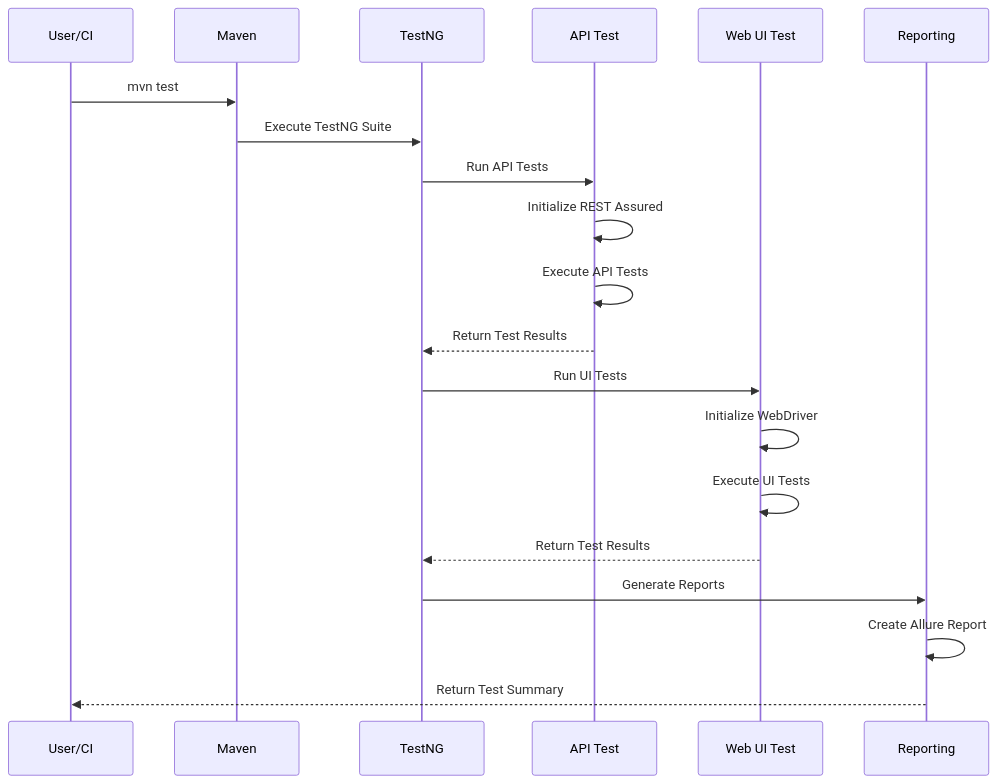
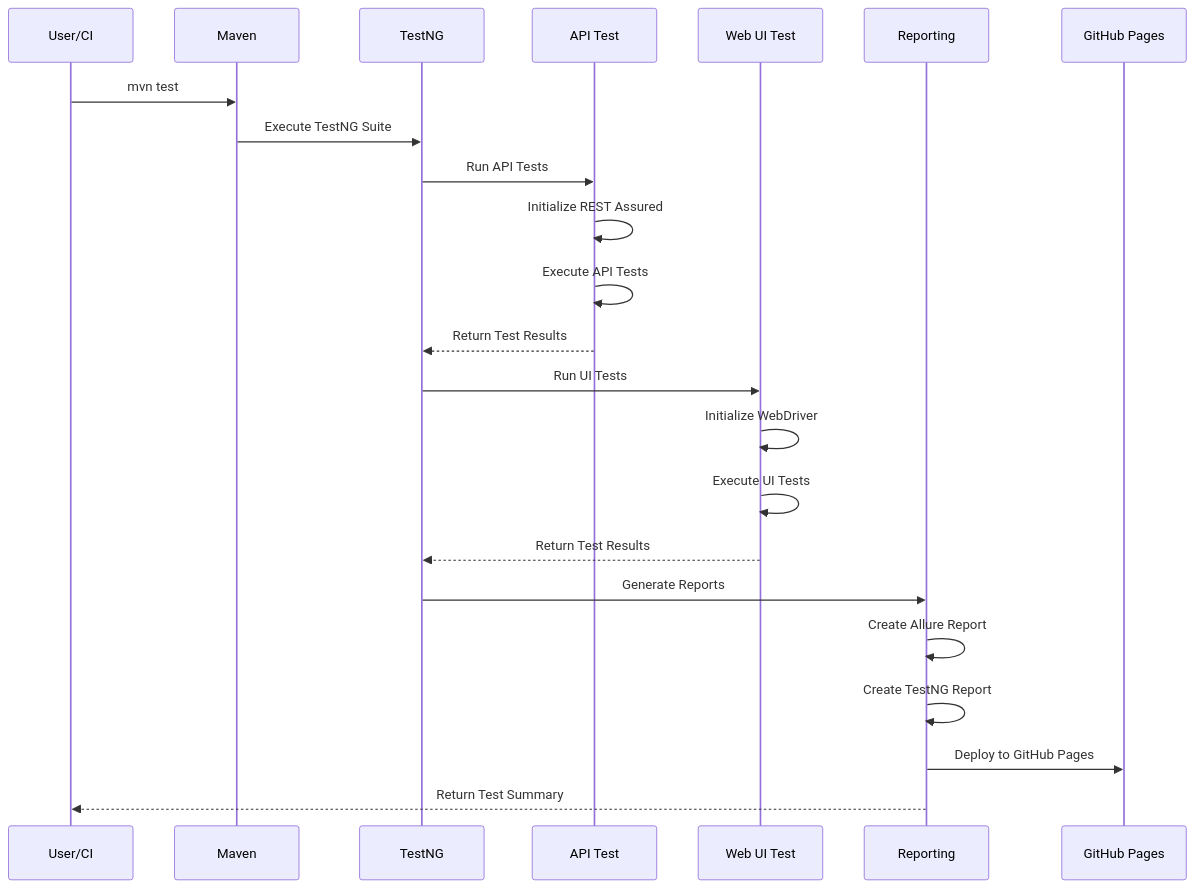
Before and after one commit to azka-art/automation-testing-framework: the second of 3 diagrams in README.md, drawn with Mermaid. The commit also changed other lines of this file, not shown here.

````diff
--- a/README.md
+++ b/README.md
@@ -85,26 +92,29 @@
 ```mermaid
 sequenceDiagram
     participant U as User/CI
     participant M as Maven
     participant T as TestNG
     participant A as API Test
     participant W as Web UI Test
     participant R as Reporting
+    participant G as GitHub Pages
     
     U->>M: mvn test
     M->>T: Execute TestNG Suite
     
     T->>A: Run API Tests
     A->>A: Initialize REST Assured
     A->>A: Execute API Tests
     A-->>T: Return Test Results
     
     T->>W: Run UI Tests
     W->>W: Initialize WebDriver
     W->>W: Execute UI Tests
     W-->>T: Return Test Results
     
     T->>R: Generate Reports
     R->>R: Create Allure Report
+    R->>R: Create TestNG Report
+    R->>G: Deploy to GitHub Pages
     R-->>U: Return Test Summary
 ```
````
